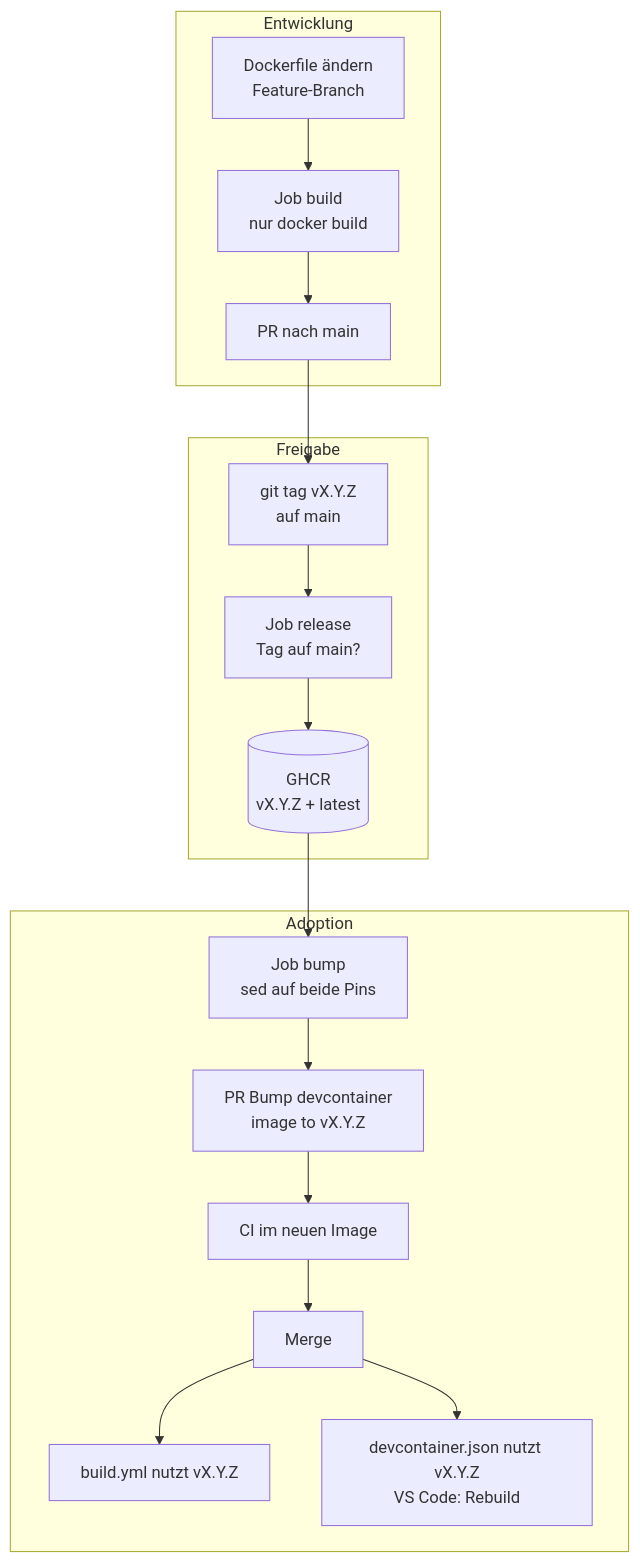
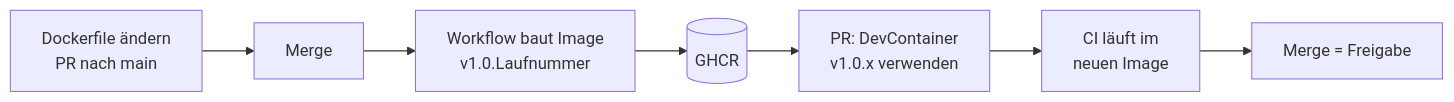
Before and after one commit to Flashbibi/450-tictactest-mvk: the diagram in DEVCONTAINER-KONZEPT.md, drawn with Mermaid. The commit also changed other lines of this file and 1 other file, not shown here.

Commit message:
Document the push-to-main devcontainer release

````diff
--- a/DEVCONTAINER-KONZEPT.md
+++ b/DEVCONTAINER-KONZEPT.md
@@ -94,20 +61,9 @@
 ```mermaid
-flowchart TB
-    subgraph Entwicklung
-        A[Dockerfile ändern<br>Feature-Branch] --> B[Job build<br>nur docker build]
-        B --> C[PR nach main]
-    end
-    subgraph Freigabe
-        C --> D[git tag vX.Y.Z<br>auf main]
-        D --> E[Job release<br>Tag auf main?]
-        E --> F[(GHCR<br>vX.Y.Z + latest)]
-    end
-    subgraph Adoption
-        F --> G[Job bump<br>sed auf beide Pins]
-        G --> H[PR Bump devcontainer<br>image to vX.Y.Z]
-        H --> I[CI im neuen Image]
-        I --> J[Merge]
-        J --> K[build.yml nutzt vX.Y.Z]
-        J --> L[devcontainer.json nutzt vX.Y.Z<br>VS Code: Rebuild]
-    end
+flowchart LR
+    A[Dockerfile ändern<br>PR nach main] --> B[Merge]
+    B --> C[Workflow baut Image<br>v1.0.Laufnummer]
+    C --> D[(GHCR)]
+    D --> E[PR: DevContainer<br>v1.0.x verwenden]
+    E --> F[CI läuft im<br>neuen Image]
+    F --> G[Merge = Freigabe]
 ```
````
